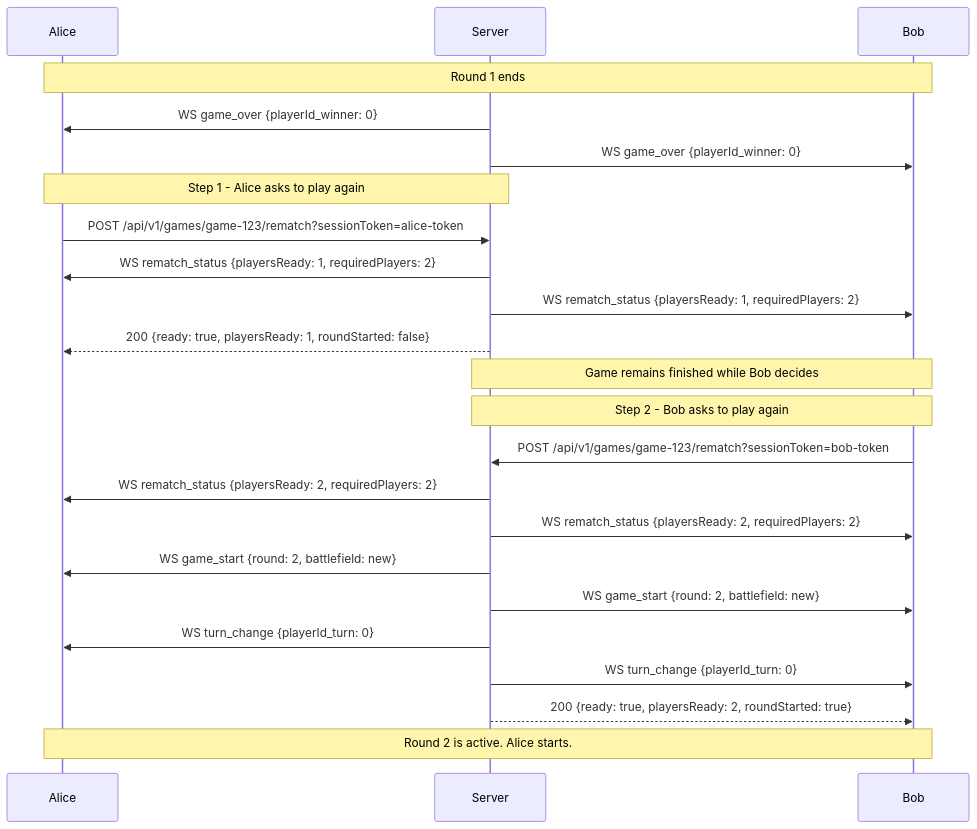
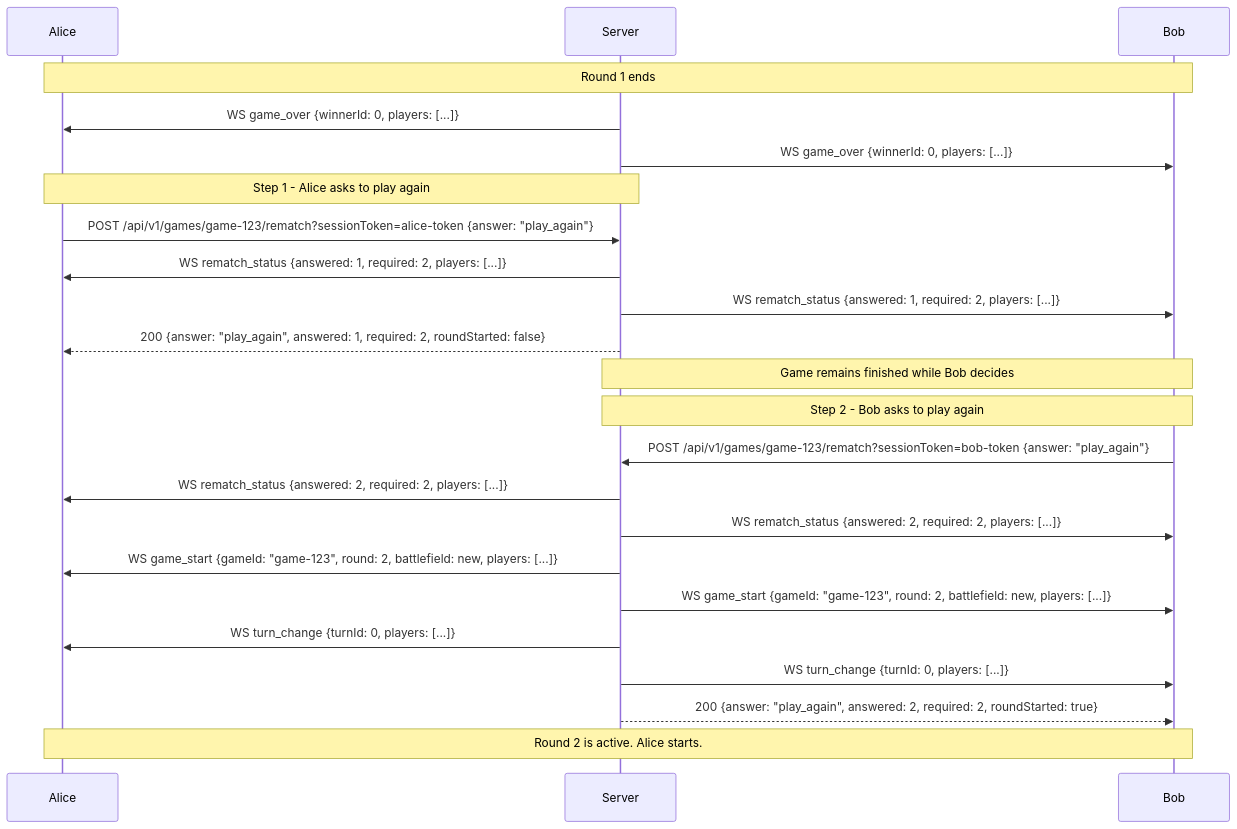
The first of 2 diagrams in docs/api/API.md (Pro-duck400/SuperArtillery), drawn with Mermaid before and after one commit. The commit also changed other lines of this file and 38 other files, not shown here.

````diff
--- a/docs/api/API.md
+++ b/docs/api/API.md
@@ -257,29 +270,29 @@
 ```mermaid
 sequenceDiagram
     participant Alice
     participant Server
     participant Bob
 
     Note over Alice,Bob: Round 1 ends
-    Server->>Alice: WS game_over {playerId_winner: 0}
-    Server->>Bob: WS game_over {playerId_winner: 0}
+    Server->>Alice: WS game_over {winnerId: 0, players: [...]}
+    Server->>Bob: WS game_over {winnerId: 0, players: [...]}
 
     Note over Alice,Server: Step 1 - Alice asks to play again
-    Alice->>Server: POST /api/v1/games/game-123/rematch?sessionToken=alice-token
-    Server->>Alice: WS rematch_status {playersReady: 1, requiredPlayers: 2}
-    Server->>Bob: WS rematch_status {playersReady: 1, requiredPlayers: 2}
-    Server-->>Alice: 200 {ready: true, playersReady: 1, roundStarted: false}
+    Alice->>Server: POST /api/v1/games/game-123/rematch?sessionToken=alice-token {answer: "play_again"}
+    Server->>Alice: WS rematch_status {answered: 1, required: 2, players: [...]}
+    Server->>Bob: WS rematch_status {answered: 1, required: 2, players: [...]}
+    Server-->>Alice: 200 {answer: "play_again", answered: 1, required: 2, roundStarted: false}
     Note over Server,Bob: Game remains finished while Bob decides
 
     Note over Bob,Server: Step 2 - Bob asks to play again
-    Bob->>Server: POST /api/v1/games/game-123/rematch?sessionToken=bob-token
-    Server->>Alice: WS rematch_status {playersReady: 2, requiredPlayers: 2}
-    Server->>Bob: WS rematch_status {playersReady: 2, requiredPlayers: 2}
-    Server->>Alice: WS game_start {round: 2, battlefield: new}
-    Server->>Bob: WS game_start {round: 2, battlefield: new}
-    Server->>Alice: WS turn_change {playerId_turn: 0}
-    Server->>Bob: WS turn_change {playerId_turn: 0}
-    Server-->>Bob: 200 {ready: true, playersReady: 2, roundStarted: true}
+    Bob->>Server: POST /api/v1/games/game-123/rematch?sessionToken=bob-token {answer: "play_again"}
+    Server->>Alice: WS rematch_status {answered: 2, required: 2, players: [...]}
+    Server->>Bob: WS rematch_status {answered: 2, required: 2, players: [...]}
+    Server->>Alice: WS game_start {gameId: "game-123", round: 2, battlefield: new, players: [...]}
+    Server->>Bob: WS game_start {gameId: "game-123", round: 2, battlefield: new, players: [...]}
+    Server->>Alice: WS turn_change {turnId: 0, players: [...]}
+    Server->>Bob: WS turn_change {turnId: 0, players: [...]}
+    Server-->>Bob: 200 {answer: "play_again", answered: 2, required: 2, roundStarted: true}
 
     Note over Alice,Bob: Round 2 is active. Alice starts.
 ```
````
